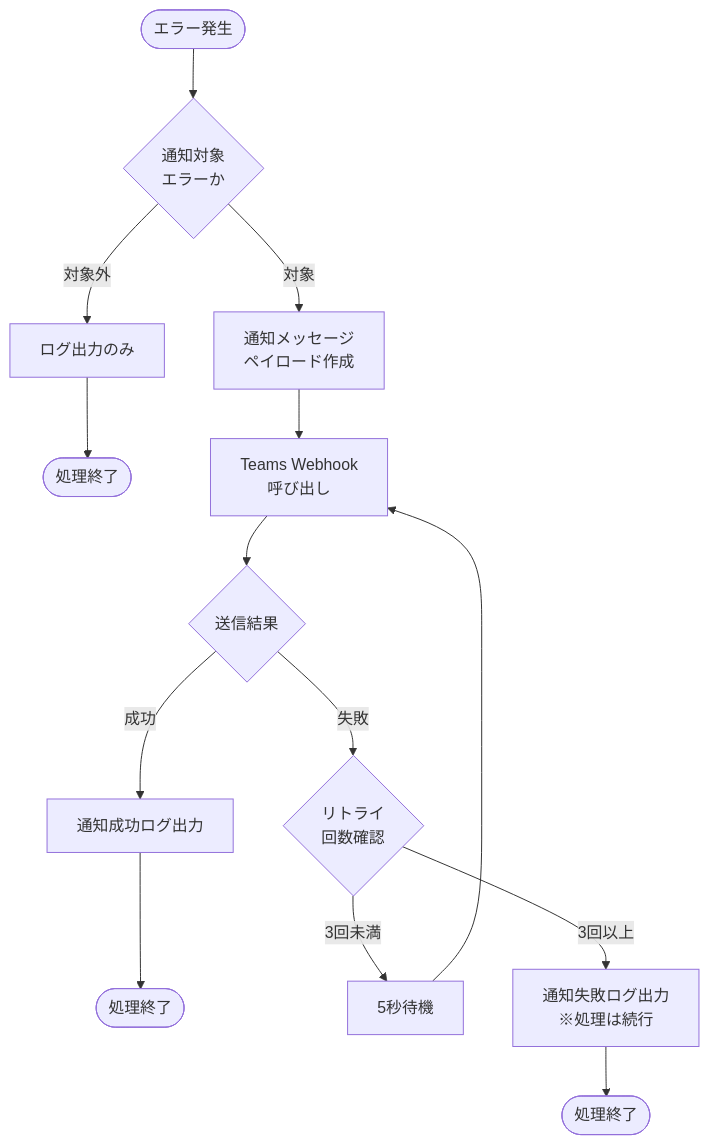
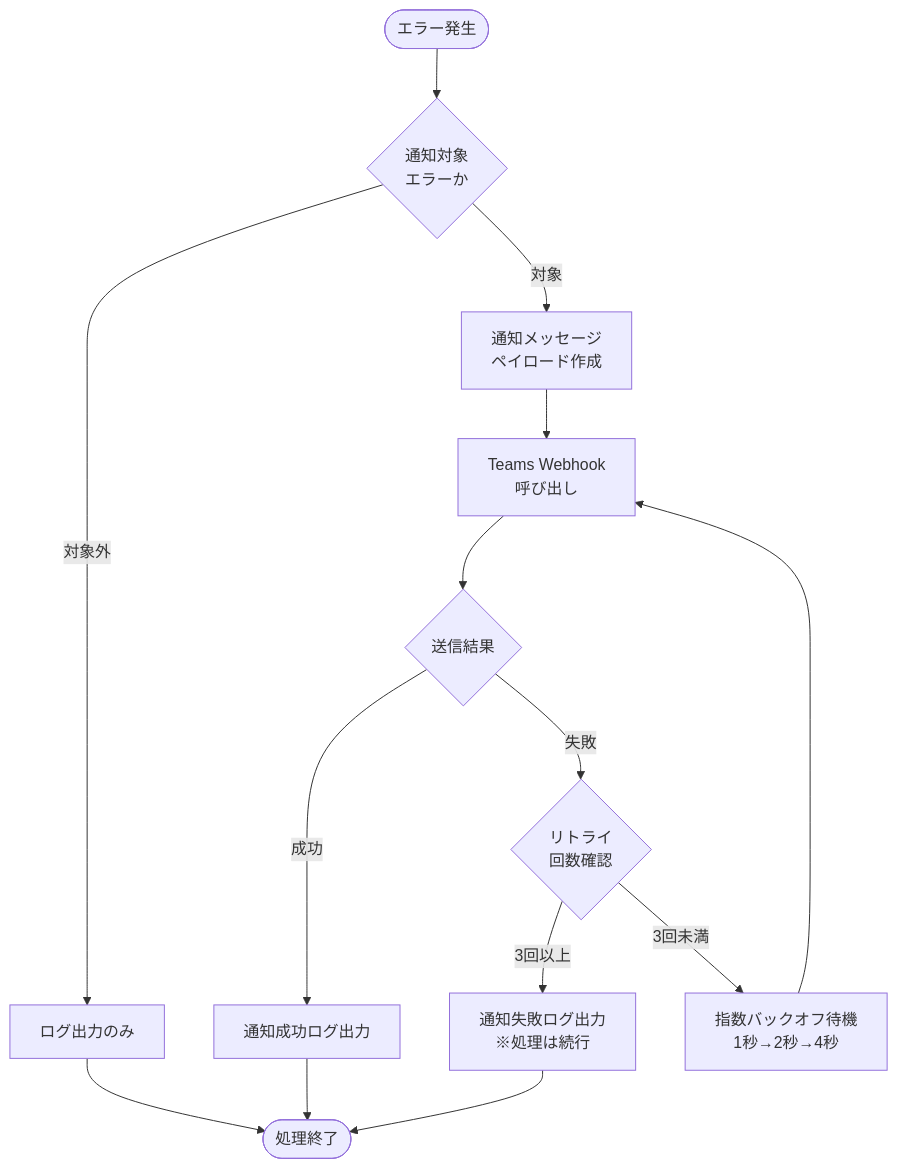
The fifth of 5 diagrams in docs/03-features/ldp-pipeline/gold_layer/ldp-pipeline-specification.md (NSW-SVCP-AIWG002/Databricks-IoT), drawn with Mermaid before and after one commit. The commit also changed other lines of this file and 3 other files, not shown here.

````diff
--- a/docs/03-features/ldp-pipeline/gold_layer/ldp-pipeline-specification.md
+++ b/docs/03-features/ldp-pipeline/gold_layer/ldp-pipeline-specification.md
@@ -876,19 +836,21 @@
 ```mermaid
 flowchart TD
     Error([エラー発生]) --> CheckType{通知対象<br>エラーか}
     CheckType -->|対象外| LogOnly[ログ出力のみ]
-    LogOnly --> End1([処理終了])
+    LogOnly --> End([処理終了])
 
     CheckType -->|対象| BuildPayload[通知メッセージ<br>ペイロード作成]
     BuildPayload --> CallWebhook[Teams Webhook<br>呼び出し]
     CallWebhook --> CheckResult{送信結果}
 
     CheckResult -->|成功| LogSuccess[通知成功ログ出力]
-    LogSuccess --> End2([処理終了])
+    LogSuccess --> End
 
     CheckResult -->|失敗| RetryCount{リトライ<br>回数確認}
-    RetryCount -->|3回未満| Wait[5秒待機]
+
+    RetryCount -->|3回以上| LogFailure[通知失敗ログ出力<br>※処理は続行]
+    LogFailure --> End
+
+    RetryCount -->|3回未満| Wait[指数バックオフ待機<br>1秒→2秒→4秒]
     Wait --> CallWebhook
-    RetryCount -->|3回以上| LogFailure[通知失敗ログ出力<br>※処理は続行]
-    LogFailure --> End3([処理終了])
 ```
````
